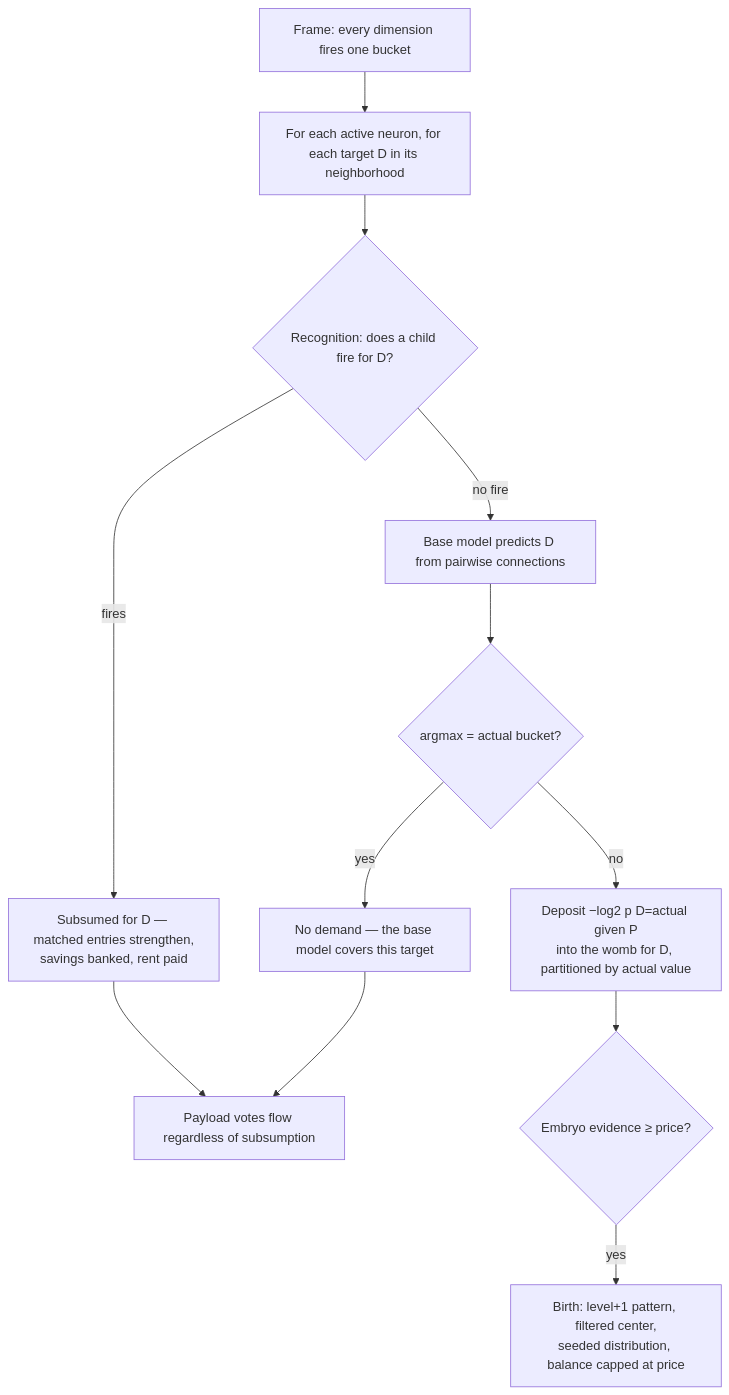
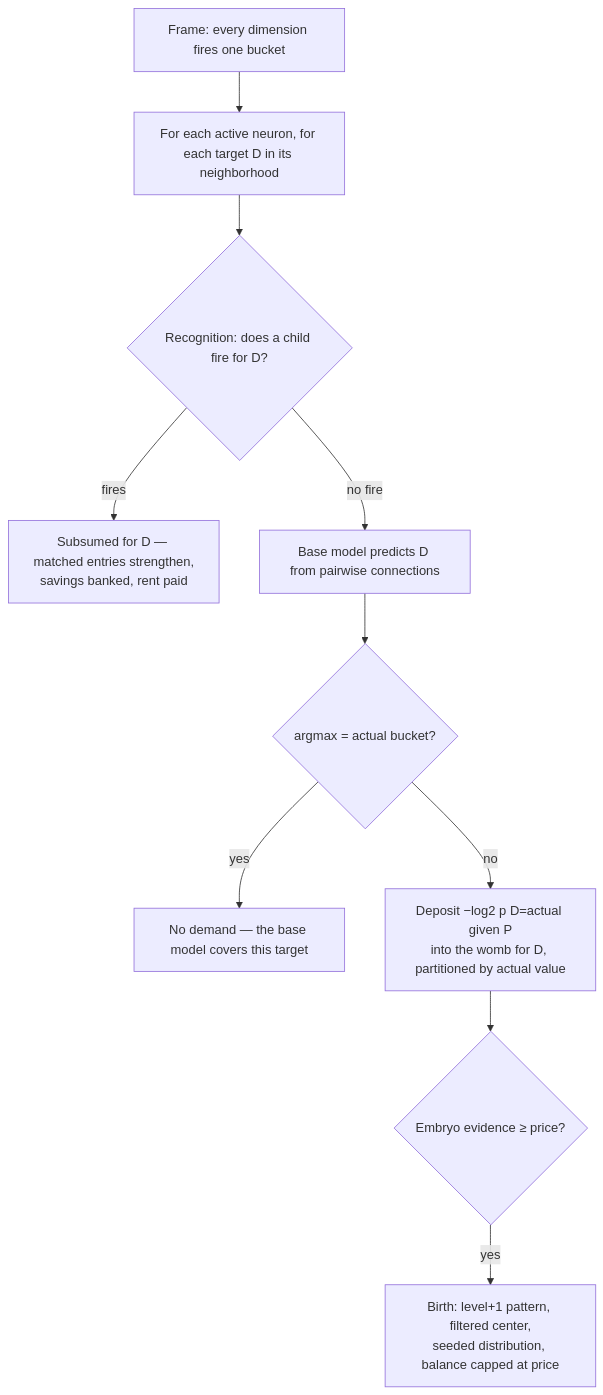
One commit to cucar/robot_brain changed the diagram in docs/algorithm.md. Above: the diagram before and after it, drawn with Mermaid. The commit also changed other lines of this file, not shown here.

First line of the commit message:
Remove the incorrect payload/readout framing

````diff
--- a/docs/algorithm.md
+++ b/docs/algorithm.md
@@ -487,14 +472,12 @@
 ```mermaid
 flowchart TD
     A[Frame: every dimension fires one bucket] --> B[For each active neuron, for each target D in its neighborhood]
     B --> C{Recognition: does a child fire for D?}
     C -->|fires| D[Subsumed for D — matched entries strengthen,<br/>savings banked, rent paid]
     C -->|no fire| E[Base model predicts D from pairwise connections]
     E --> F{argmax = actual bucket?}
     F -->|yes| G[No demand — the base model covers this target]
     F -->|no| H[Deposit −log2 p D=actual given P<br/>into the womb for D, partitioned by actual value]
     H --> I{Embryo evidence ≥ price?}
     I -->|yes| J[Birth: level+1 pattern, filtered center,<br/>seeded distribution, balance capped at price]
-    D --> K[Payload votes flow regardless of subsumption]
-    G --> K
 ```
````
